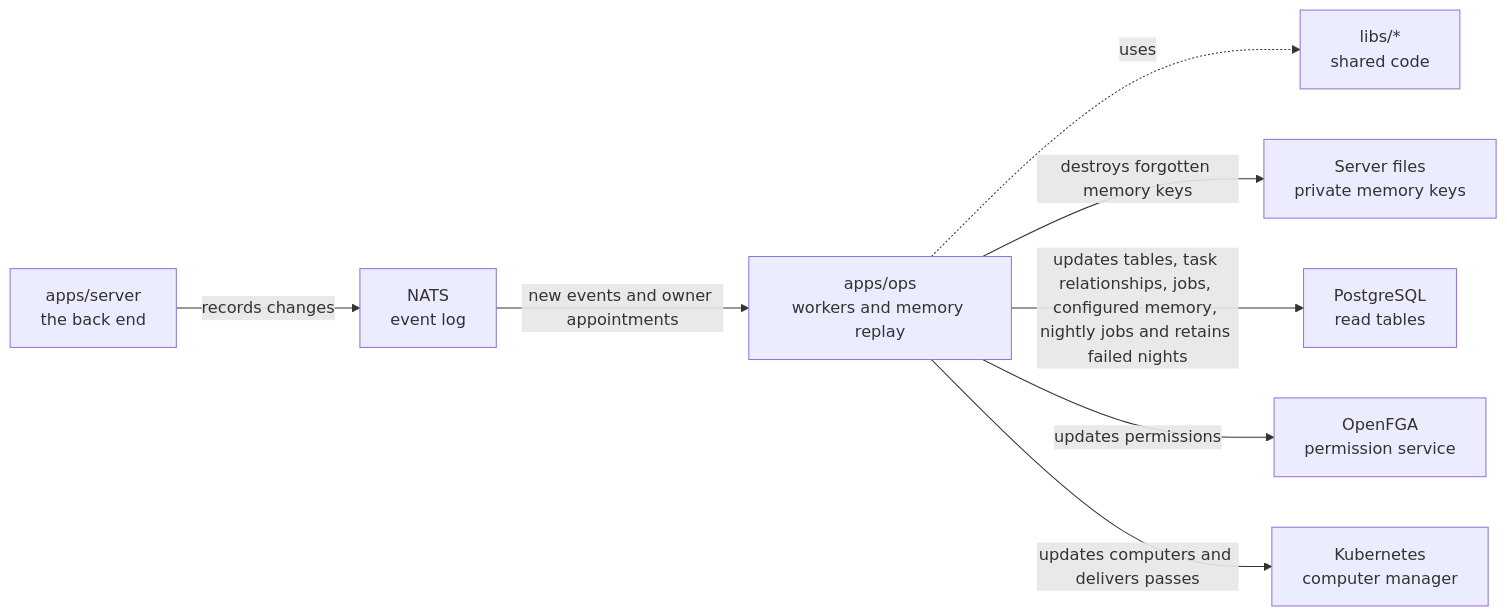
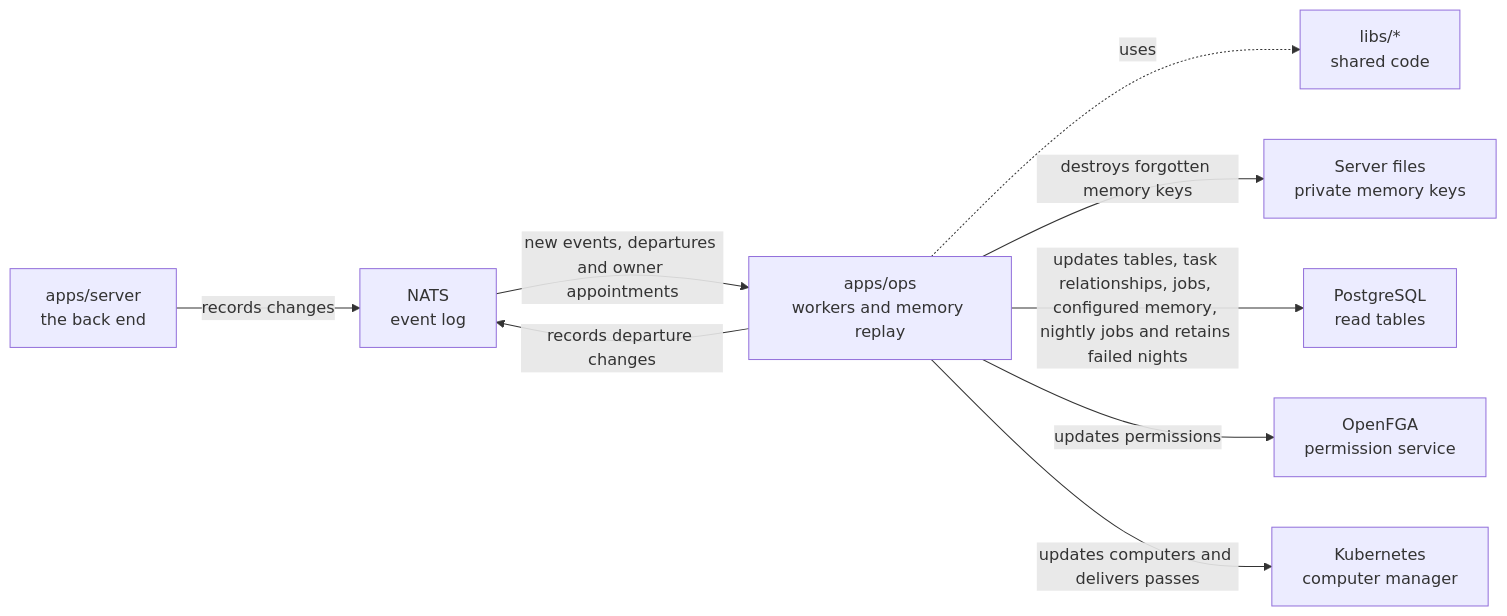
One commit to elewa-git/opencrane-new changed the diagram in apps/ops/README.md. Above: the diagram before and after it, drawn with Mermaid. The commit also changed other lines of this file and 13 other files, not shown here.

````diff
--- a/apps/ops/README.md
+++ b/apps/ops/README.md
@@ -11,10 +11,11 @@
 ```mermaid
 flowchart LR
   server["apps/server<br/>the back end"] -->|records changes| nats["NATS<br/>event log"]
-  nats -->|new events and owner appointments| ops["apps/ops<br/>workers and memory replay"]
+  nats -->|new events, departures and owner appointments| ops["apps/ops<br/>workers and memory replay"]
+  ops -->|records departure changes| nats
   ops -.->|uses| libs["libs/*<br/>shared code"]
   ops -->|destroys forgotten memory keys| keys["Server files<br/>private memory keys"]
   ops -->|updates tables, task relationships, jobs, configured memory, nightly jobs and retains failed nights| postgres["PostgreSQL<br/>read tables"]
   ops -->|updates permissions| fga["OpenFGA<br/>permission service"]
   ops -->|updates computers and delivers passes| kube["Kubernetes<br/>computer manager"]
 ```
````
